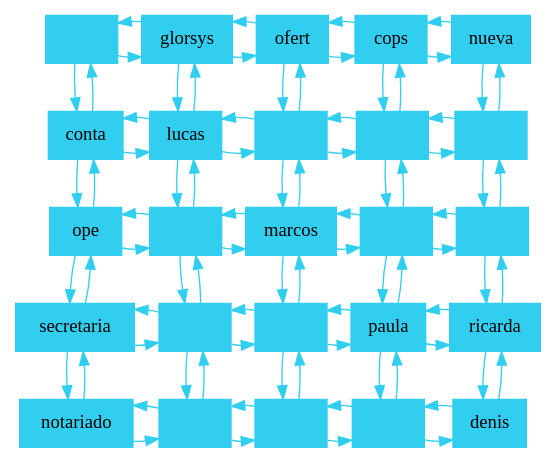
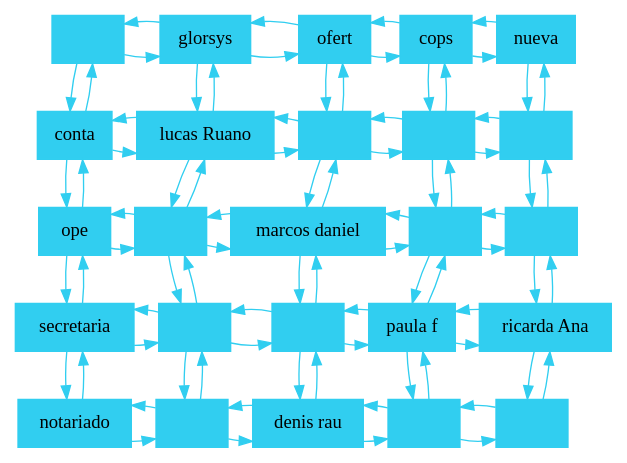
One commit to 201504242/Proyecto1s12017_201504303_201520506_201504242_201314001 changed the diagram in PYTHON/matriz.dot. Above: the diagram before and after it, drawn with Graphviz. The commit also changed 11 other files, not shown here.

```diff
--- a/PYTHON/matriz.dot
+++ b/PYTHON/matriz.dot
@@ -1,119 +1,119 @@
 digraph G { 
 rankdir=TB; 
  node [shape=box];
  node [style=filled]; 
  node [fillcolor="#31CEF0"];
  node [color="#31CEF0"];
  edge [color="#31CEF0"];
 00[label = ""] ;
 10[label = "glorsys"] ;
 20[label = "ofert"] ;
 30[label = "cops"] ;
 40[label = "nueva"] ;
 01[label = "conta"] ;
-11[label = "lucas"] ;
+11[label = "lucas Ruano"] ;
 21[label = ""] ;
 31[label = ""] ;
 41[label = ""] ;
 02[label = "ope"] ;
 12[label = ""] ;
-22[label = "marcos"] ;
+22[label = "marcos daniel"] ;
 32[label = ""] ;
 42[label = ""] ;
 03[label = "secretaria"] ;
 13[label = ""] ;
 23[label = ""] ;
-33[label = "paula"] ;
-43[label = "ricarda"] ;
+33[label = "paula f"] ;
+43[label = "ricarda Ana"] ;
 04[label = "notariado"] ;
 14[label = ""] ;
-24[label = ""] ;
+24[label = "denis rau"] ;
 34[label = ""] ;
-44[label = "denis"] ;
+44[label = ""] ;
 
 00 -> 10;
 00 -> 01;
 10 -> 20;
 10 -> 11;
 10 -> 00;
 20 -> 30;
 20 -> 21;
 20 -> 10;
 30 -> 40;
 30 -> 31;
 30 -> 20;
 40 -> 41;
 40 -> 30;
 01 -> 11;
 01 -> 00;
 01 -> 02;
 11 -> 21;
 11 -> 10;
 11 -> 12;
 11 -> 01;
 21 -> 31;
 21 -> 20;
 21 -> 22;
 21 -> 11;
 31 -> 41;
 31 -> 30;
 31 -> 32;
 31 -> 21;
 41 -> 40;
 41 -> 42;
 41 -> 31;
 02 -> 12;
 02 -> 01;
 02 -> 03;
 12 -> 22;
 12 -> 11;
 12 -> 13;
 12 -> 02;
 22 -> 32;
 22 -> 21;
 22 -> 23;
 22 -> 12;
 32 -> 42;
 32 -> 31;
 32 -> 33;
 32 -> 22;
 42 -> 41;
 42 -> 43;
 42 -> 32;
 03 -> 13;
 03 -> 02;
 03 -> 04;
 13 -> 23;
 13 -> 12;
 13 -> 14;
 13 -> 03;
 23 -> 33;
 23 -> 22;
 23 -> 24;
 23 -> 13;
 33 -> 43;
 33 -> 32;
 33 -> 34;
 33 -> 23;
 43 -> 42;
 43 -> 44;
 43 -> 33;
 04 -> 14;
 04 -> 03;
 14 -> 24;
 14 -> 13;
 14 -> 04;
 24 -> 34;
 24 -> 23;
 24 -> 14;
 34 -> 44;
 34 -> 33;
 34 -> 24;
 44 -> 43;
 44 -> 34;
 
  {rank=same"00";"10";"20";"30";"40";}
  {rank=same"01";"11";"21";"31";"41";}
  {rank=same"02";"12";"22";"32";"42";}
  {rank=same"03";"13";"23";"33";"43";}
  {rank=same"04";"14";"24";"34";"44";} }
```
